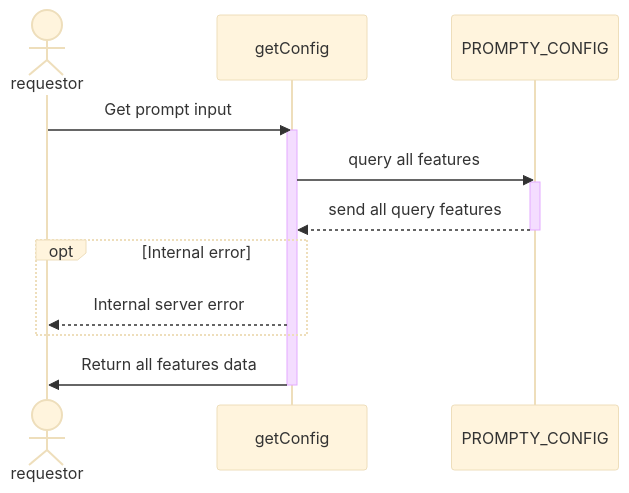
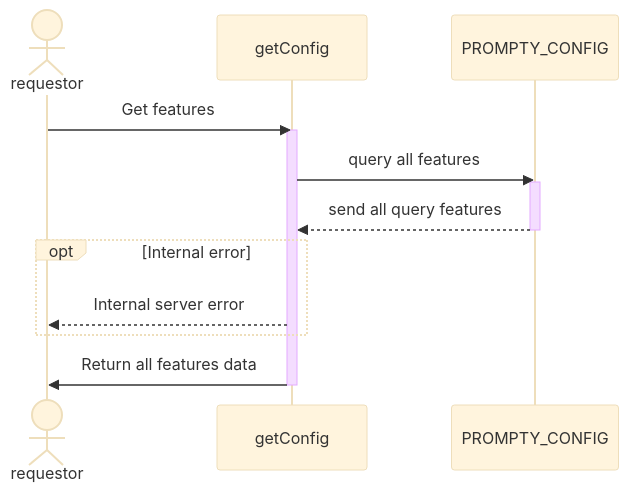
The diagram in systemFlow/core/promptCore/list_features/list_features v1.0.0.md (promptlabth/docs-of-all), drawn with Mermaid (base theme) before and after one commit.

Commit message:
fix: wrong spelling

````diff
--- a/systemFlow/core/promptCore/list_features/list_features v1.0.0.md
+++ b/systemFlow/core/promptCore/list_features/list_features v1.0.0.md
@@ -18,19 +18,19 @@
 ```mermaid
 sequenceDiagram
     actor req as requestor
     participant getConfig
     participant prompt as PROMPTY_CONFIG
 
-    req ->> getConfig : Get prompt input
+    req ->> getConfig : Get features
     activate getConfig
     getConfig ->> prompt : query all features
     activate prompt
     prompt -->> getConfig : send all query features
     deactivate prompt
     opt Internal error
         getConfig -->> req: Internal server error
     end 
     getConfig ->> req: Return all features data
     deactivate getConfig
 
 ```
````
